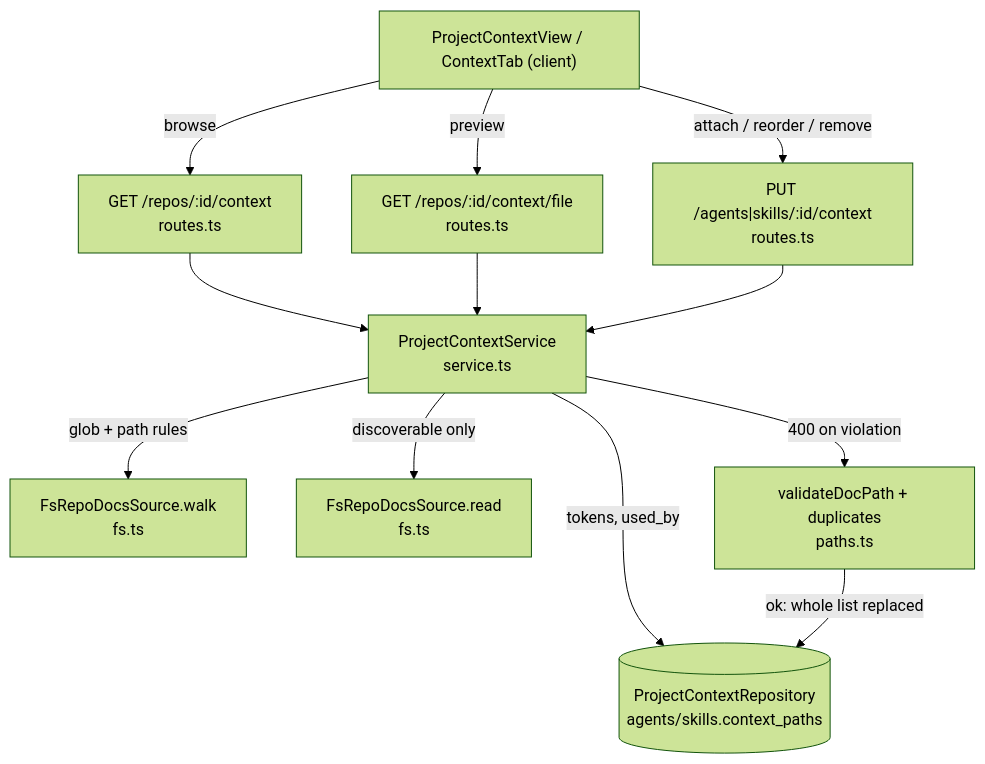
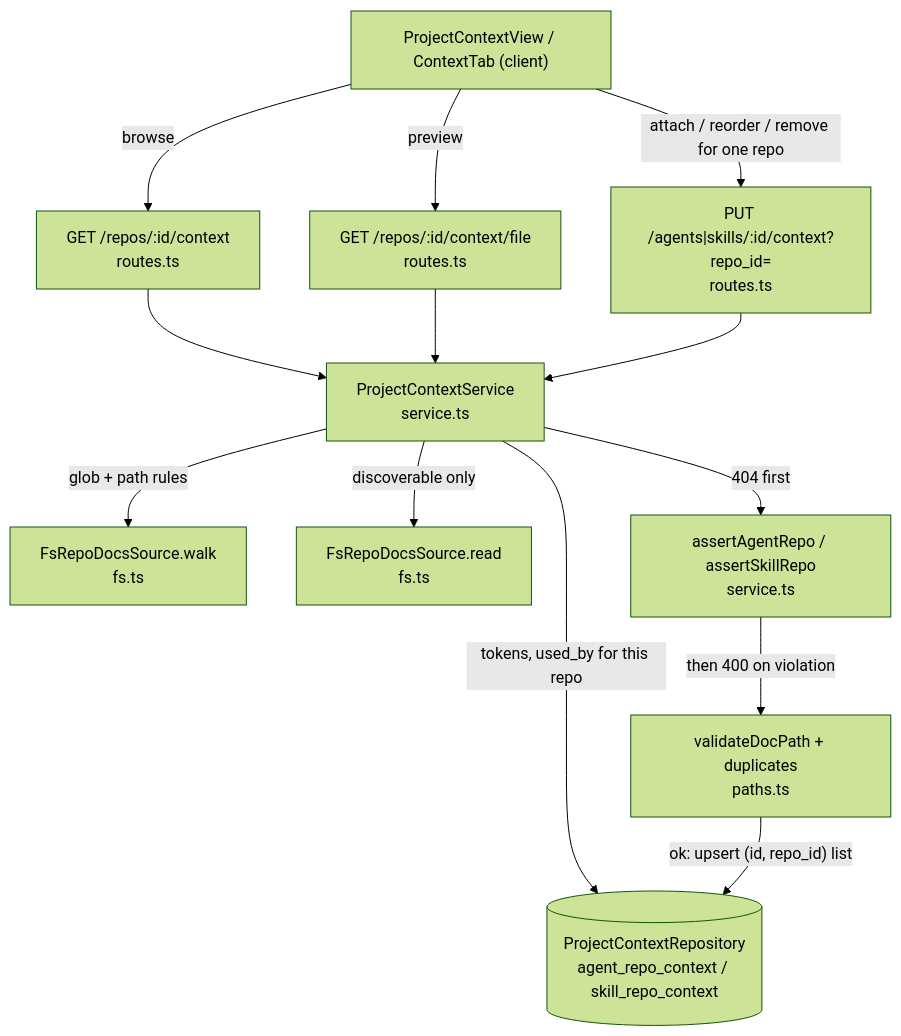
The first of 2 diagrams in server/docs/project-context.md (MShcherbyna/dev-digest), drawn with Mermaid (forest theme) before and after one commit. The commit also changed other lines of this file and 32 other files, not shown here.

First line of the commit message:
L05-lab: store Project Context attachments per repository (agent x repo, skill x repo)

````diff
--- a/server/docs/project-context.md
+++ b/server/docs/project-context.md
@@ -73,23 +92,25 @@
 ```mermaid
 flowchart TD
   ui["ProjectContextView / ContextTab (client)"]
   list["GET /repos/:id/context<br/>routes.ts"]
   file["GET /repos/:id/context/file<br/>routes.ts"]
   svc["ProjectContextService<br/>service.ts"]
   walk["FsRepoDocsSource.walk<br/>fs.ts"]
   read["FsRepoDocsSource.read<br/>fs.ts"]
-  put["PUT /agents|skills/:id/context<br/>routes.ts"]
+  put["PUT /agents|skills/:id/context?repo_id=<br/>routes.ts"]
+  guard["assertAgentRepo / assertSkillRepo<br/>service.ts"]
   validate["validateDocPath + duplicates<br/>paths.ts"]
-  repo[("ProjectContextRepository<br/>agents/skills.context_paths")]
+  repo[("ProjectContextRepository<br/>agent_repo_context / skill_repo_context")]
   ui -->|"browse"| list
   list --> svc
   svc -->|"glob + path rules"| walk
-  svc -->|"tokens, used_by"| repo
+  svc -->|"tokens, used_by for this repo"| repo
   ui -->|"preview"| file
   file --> svc
   svc -->|"discoverable only"| read
-  ui -->|"attach / reorder / remove"| put
+  ui -->|"attach / reorder / remove for one repo"| put
   put --> svc
-  svc -->|"400 on violation"| validate
-  validate -->|"ok: whole list replaced"| repo
+  svc -->|"404 first"| guard
+  guard -->|"then 400 on violation"| validate
+  validate -->|"ok: upsert (id, repo_id) list"| repo
 ```
````
